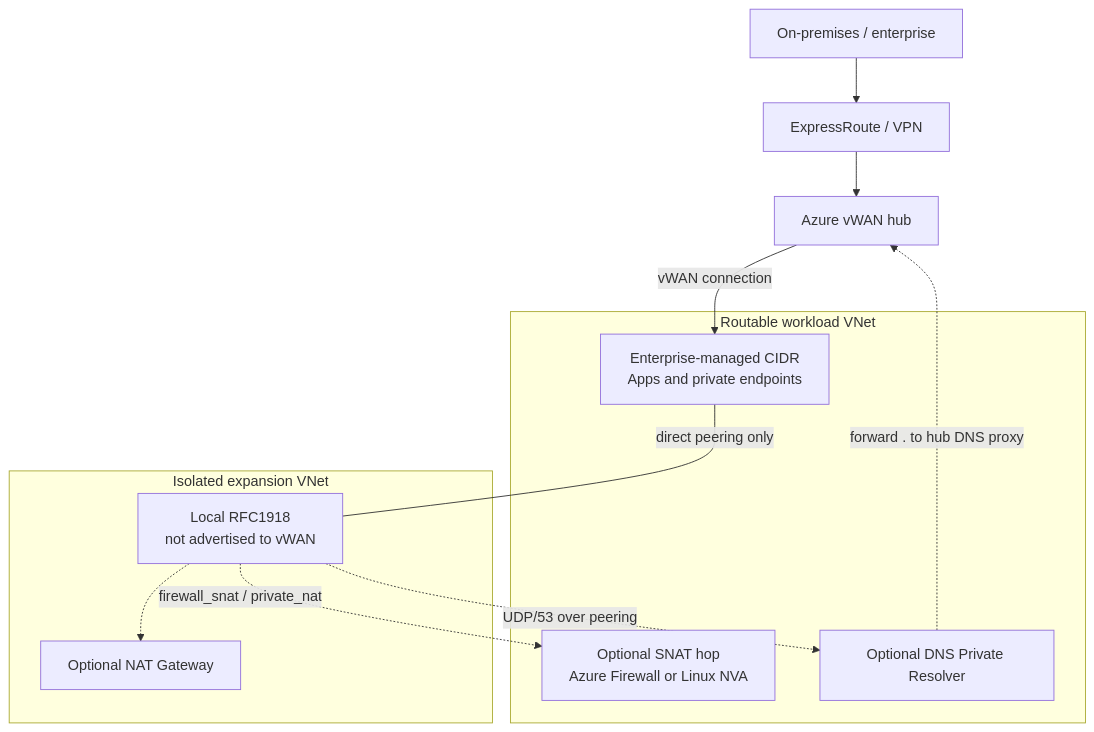
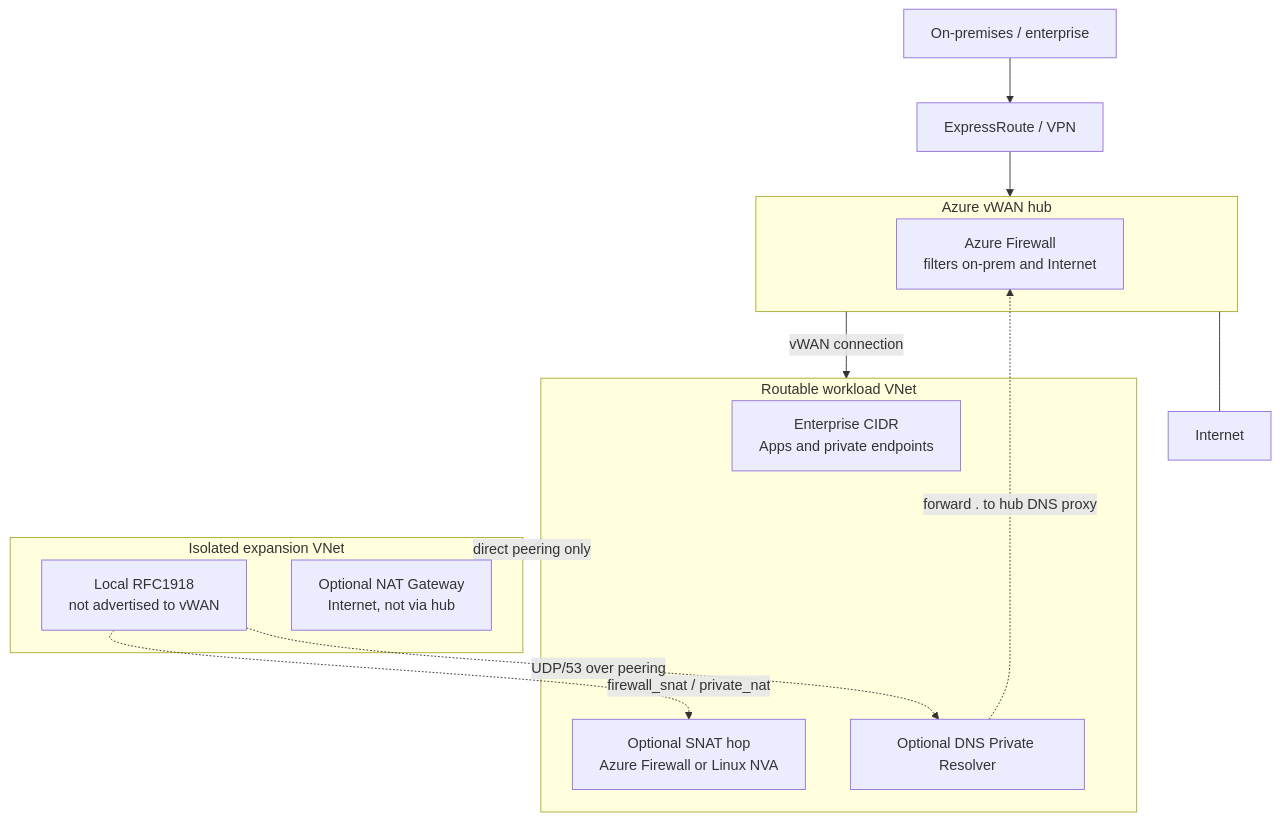
The diagram in isolated_expansion_vnet/README.md (bcgov/azure-lz-terraform-modules), drawn with Mermaid before and after one commit. The commit also changed other lines of this file, not shown here.

Commit message:
Show hub Azure Firewall and attach vWAN to the routable spoke.
The nested enterprise-edge subgraph made GitHub attach the hub link to the wrapper and dropped the SNAT/DNS paths. Flatten the diagram so the spoke connects to the hub and the optional dotted flows stay visible.

````diff
--- a/isolated_expansion_vnet/README.md
+++ b/isolated_expansion_vnet/README.md
@@ -23,25 +23,30 @@
 ```mermaid
 flowchart TB
   ONPREM["On-premises / enterprise"]
   ER["ExpressRoute / VPN"]
-  HUB["Azure vWAN hub"]
+
+  subgraph hub["Azure vWAN hub"]
+    HUBFW["Azure Firewall<br/>filters on-prem and Internet"]
+  end
+
+  INTERNET["Internet"]
 
   subgraph spoke["Routable workload VNet"]
-    APPS["Enterprise-managed CIDR<br/>Apps and private endpoints"]
+    APPS["Enterprise CIDR<br/>Apps and private endpoints"]
     SNAT["Optional SNAT hop<br/>Azure Firewall or Linux NVA"]
     DNS["Optional DNS Private Resolver"]
   end
 
   subgraph expansion["Isolated expansion VNet"]
     WORK["Local RFC1918<br/>not advertised to vWAN"]
-    NAT["Optional NAT Gateway"]
+    NAT["Optional NAT Gateway<br/>Internet, not via hub"]
   end
 
-  ONPREM --> ER --> HUB
-  HUB -->|"vWAN connection"| APPS
-  APPS ---|"direct peering only"| WORK
+  ONPREM --> ER --> hub
+  hub --- INTERNET
+  hub -->|"vWAN connection"| spoke
+  spoke ---|"direct peering only"| expansion
   WORK -.->|"firewall_snat / private_nat"| SNAT
-  WORK -.-> NAT
   WORK -.->|"UDP/53 over peering"| DNS
-  DNS -.->|"forward . to hub DNS proxy"| HUB
+  DNS -.->|"forward . to hub DNS proxy"| HUBFW
 ```
````
